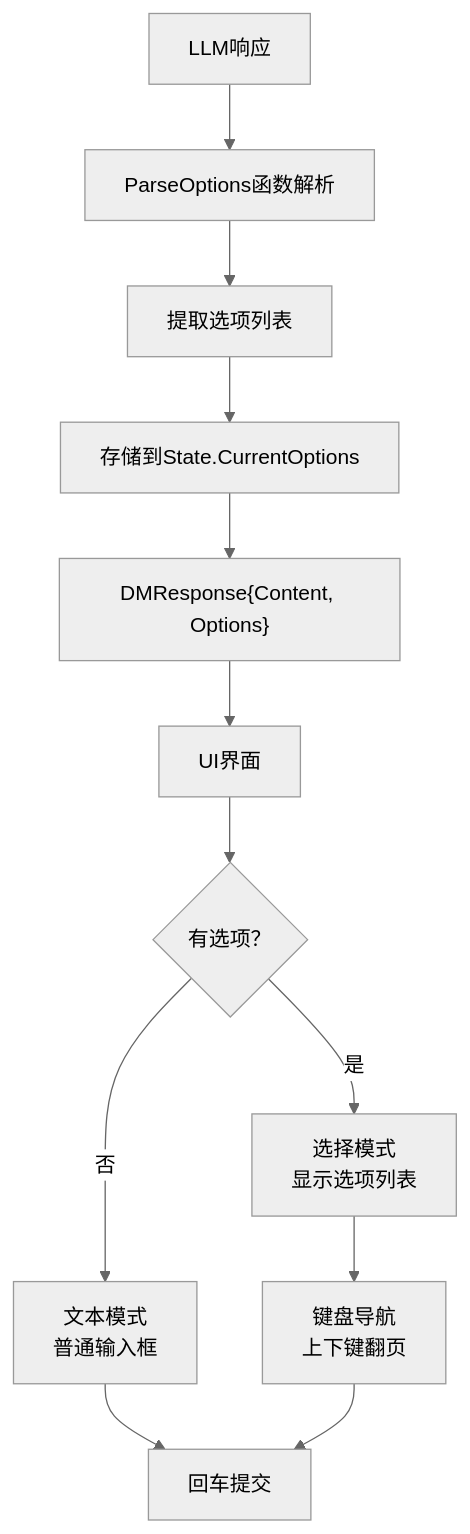
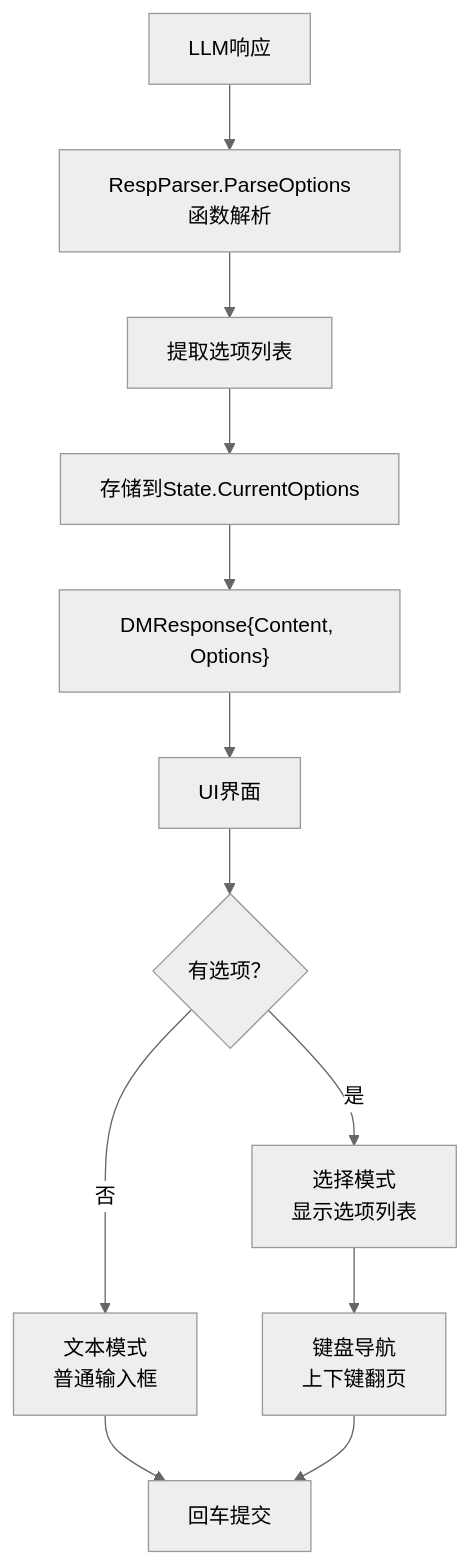
Before and after one commit to zwh8800/cdnd: the eighth of 9 diagrams in .qoder/repowiki/zh/content/LLM集成系统/提示词系统.md, drawn with Mermaid (neutral theme). The commit also changed other lines of this file and 2 other files, not shown here.

````diff
--- a/.qoder/repowiki/zh/content/LLM集成系统/提示词系统.md
+++ b/.qoder/repowiki/zh/content/LLM集成系统/提示词系统.md
@@ -400,14 +412,14 @@
 ```mermaid
 flowchart TD
-DM["LLM响应"] --> PARSE["ParseOptions函数解析"]
+DM["LLM响应"] --> PARSE["RespParser.ParseOptions函数解析"]
 PARSE --> EXTRACT["提取选项列表"]
 EXTRACT --> STORE["存储到State.CurrentOptions"]
 STORE --> MSG["DMResponse{Content, Options}"]
 MSG --> UI["UI界面"]
 UI --> MODE{"有选项？"}
 MODE --> |是| SELECT["选择模式<br/>显示选项列表"]
 MODE --> |否| TEXT["文本模式<br/>普通输入框"]
 SELECT --> NAV["键盘导航<br/>上下键翻页"]
 TEXT --> ENTER["回车提交"]
 NAV --> ENTER
 ```
````
